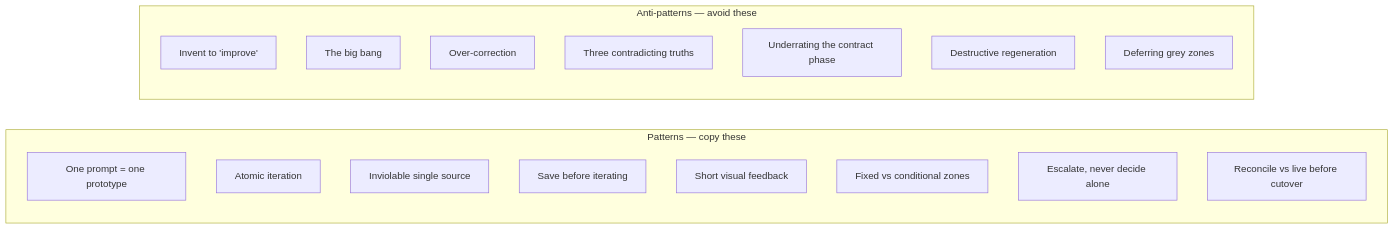
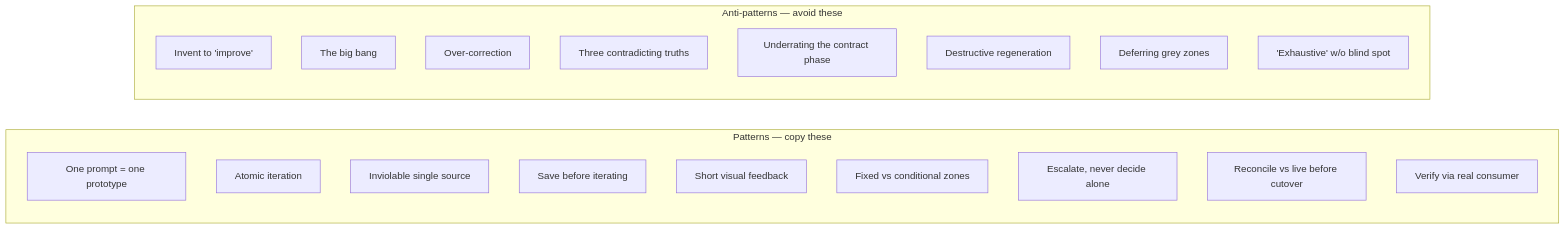
The diagram in docs/en/09-patterns-and-antipatterns.md (gabrielchinarro-pro/mainstay), drawn with Mermaid before and after one commit. The commit also changed other lines of this file and 1 other file, not shown here.

First line of the commit message:
patterns: add P9 (verify via real consumer) + A8 (no exhaustive without naming blind spot)

````diff
--- a/docs/en/09-patterns-and-antipatterns.md
+++ b/docs/en/09-patterns-and-antipatterns.md
@@ -10,22 +10,24 @@
 ```mermaid
 flowchart LR
     subgraph P["Patterns — copy these"]
       P1["One prompt = one prototype"]
       P2["Atomic iteration"]
       P3["Inviolable single source"]
       P4["Save before iterating"]
       P5["Short visual feedback"]
       P6["Fixed vs conditional zones"]
       P7["Escalate, never decide alone"]
       P8["Reconcile vs live before cutover"]
+      P9["Verify via real consumer"]
     end
     subgraph A["Anti-patterns — avoid these"]
       A1["Invent to 'improve'"]
       A2["The big bang"]
       A3["Over-correction"]
       A4["Three contradicting truths"]
       A5["Underrating the contract phase"]
       A6["Destructive regeneration"]
       A7["Deferring grey zones"]
+      A8["'Exhaustive' w/o blind spot"]
     end
 ```
````
